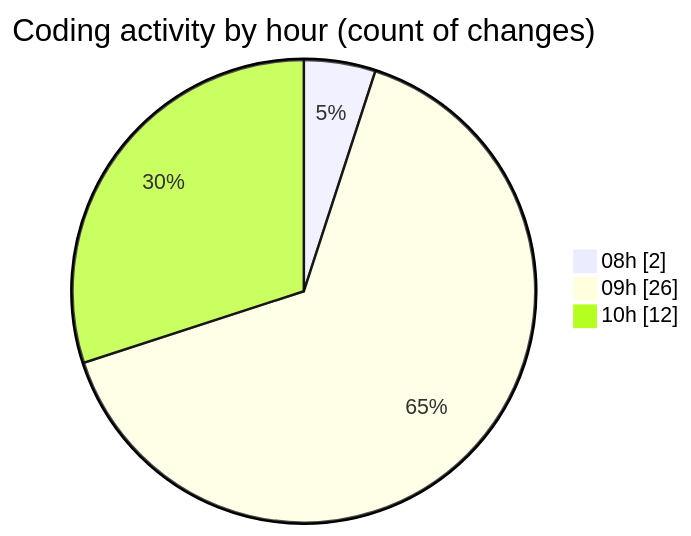
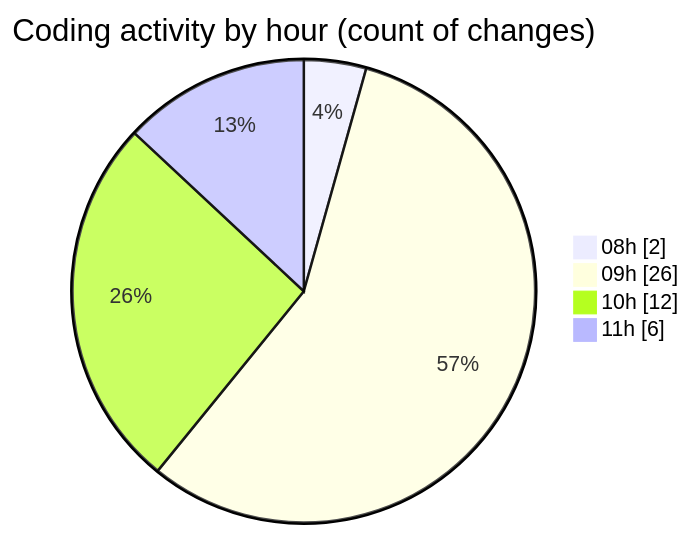
One commit to Elitesun/code-tracking changed the second of 2 diagrams in 2025-05-20/niten/README.md. Above: the diagram before and after it, drawn with Mermaid. The commit also changed other lines of this file and 1 other file, not shown here.

````diff
--- a/2025-05-20/niten/README.md
+++ b/2025-05-20/niten/README.md
@@ -45,7 +49,8 @@
 ```mermaid
 pie showData
 title Coding activity by hour (count of changes)
 "08h" : 2
 "09h" : 26
 "10h" : 12
+"11h" : 6
 ```
````
